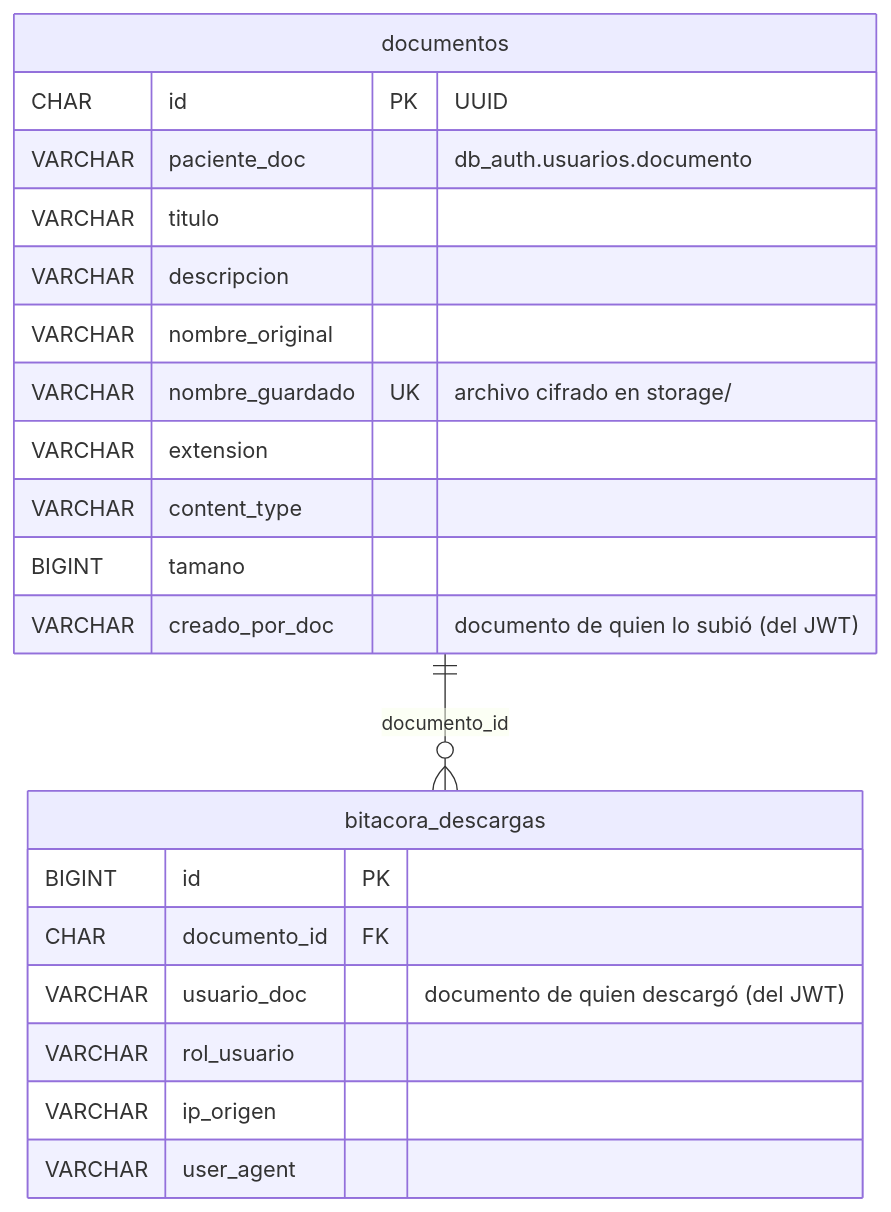
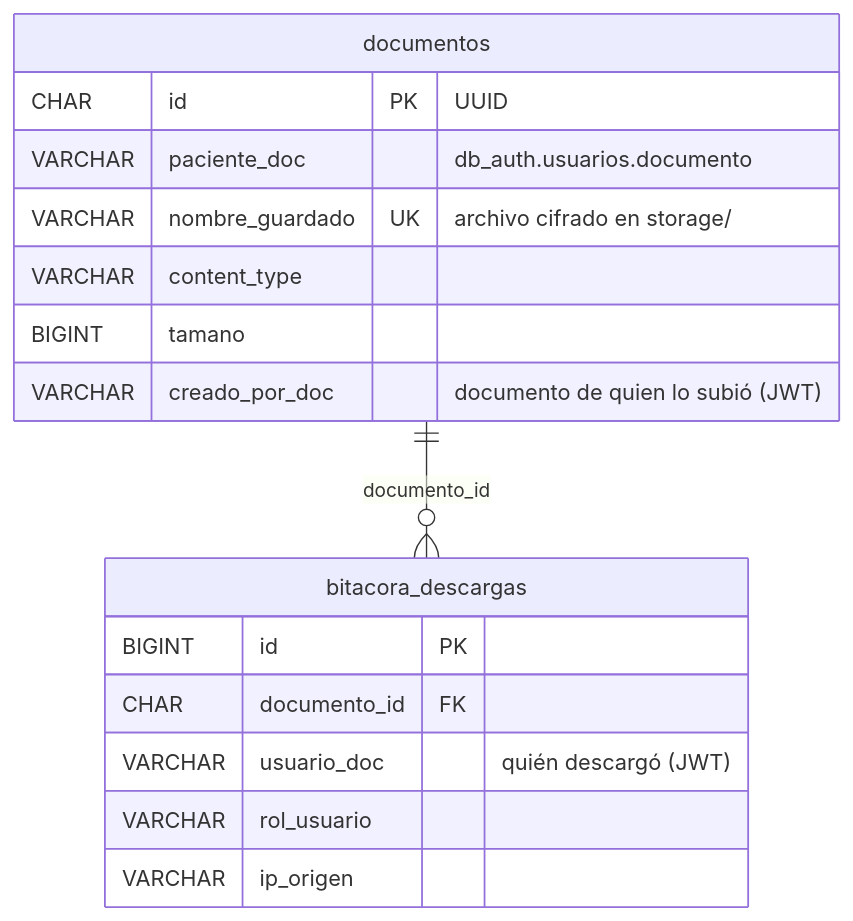
Before and after one commit to CamiloP2103/Tecnosalud-catolica: the sixth of 7 diagrams in docs/ARQUITECTURA_DATOS.md, drawn with Mermaid. The commit also changed other lines of this file and 4 other files, not shown here.

````diff
--- a/docs/ARQUITECTURA_DATOS.md
+++ b/docs/ARQUITECTURA_DATOS.md
@@ -217,25 +253,19 @@
 ```mermaid
 erDiagram
     documentos ||--o{ bitacora_descargas : "documento_id"
-
     documentos {
         CHAR id PK "UUID"
         VARCHAR paciente_doc "db_auth.usuarios.documento"
-        VARCHAR titulo
-        VARCHAR descripcion
-        VARCHAR nombre_original
         VARCHAR nombre_guardado UK "archivo cifrado en storage/"
-        VARCHAR extension
         VARCHAR content_type
         BIGINT tamano
-        VARCHAR creado_por_doc "documento de quien lo subió (del JWT)"
+        VARCHAR creado_por_doc "documento de quien lo subió (JWT)"
     }
     bitacora_descargas {
         BIGINT id PK
         CHAR documento_id FK
-        VARCHAR usuario_doc "documento de quien descargó (del JWT)"
+        VARCHAR usuario_doc "quién descargó (JWT)"
         VARCHAR rol_usuario
         VARCHAR ip_origen
-        VARCHAR user_agent
     }
 ```
````
